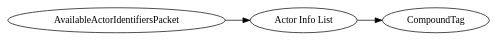
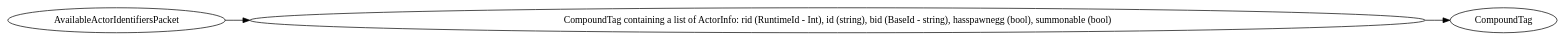
Before and after one commit to Mojang/bedrock-protocol-docs: the diagram in dot/AvailableActorIdentifiersPacket.dot, drawn with Graphviz. The commit also changed 485 other files, not shown here.

```diff
--- a/dot/AvailableActorIdentifiersPacket.dot
+++ b/dot/AvailableActorIdentifiersPacket.dot
@@ -1,12 +1,12 @@
 digraph "AvailableActorIdentifiersPacket" {
 rankdir = LR
 0
 0 -> 1
 1 -> 2
 
 0 [label="AvailableActorIdentifiersPacket",comment="name: \"AvailableActorIdentifiersPacket\", typeName: \"\", id: 0, branchId: 119, recurseId: -1, attributes: 0, notes: \"\""];
-1 [label="Actor Info List",comment="name: \"Actor Info List\", typeName: \"CompoundTag\", id: 1, branchId: 0, recurseId: -1, attributes: 256, notes: \"CompoundTag containing a list of ActorInfo:rid (RuntimeId - Int),id (string),bid (BaseId - string),hasspawnegg (bool),summonable (bool)\""];
+1 [label="CompoundTag containing a list of ActorInfo: 		rid (RuntimeId - Int), 		id (string), 		bid (BaseId - string), 		hasspawnegg (bool), 		summonable (bool)",comment="name: \"CompoundTag containing a list of ActorInfo: 		rid (RuntimeId - Int), 		id (string), 		bid (BaseId - string), 		hasspawnegg (bool), 		summonable (bool)\", typeName: \"CompoundTag\", id: 1, branchId: 0, recurseId: -1, attributes: 256, notes: \"\""];
 2 [label="CompoundTag",comment="name: \"CompoundTag\", typeName: \"\", id: 2, branchId: 0, recurseId: -1, attributes: 512, notes: \"\""];
 { rank = max;2}
 
 }
```
